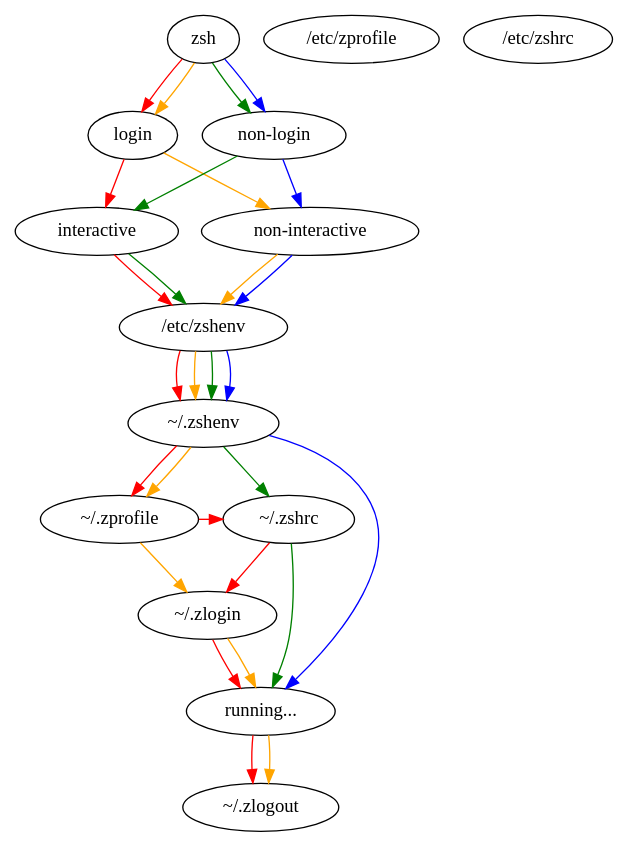
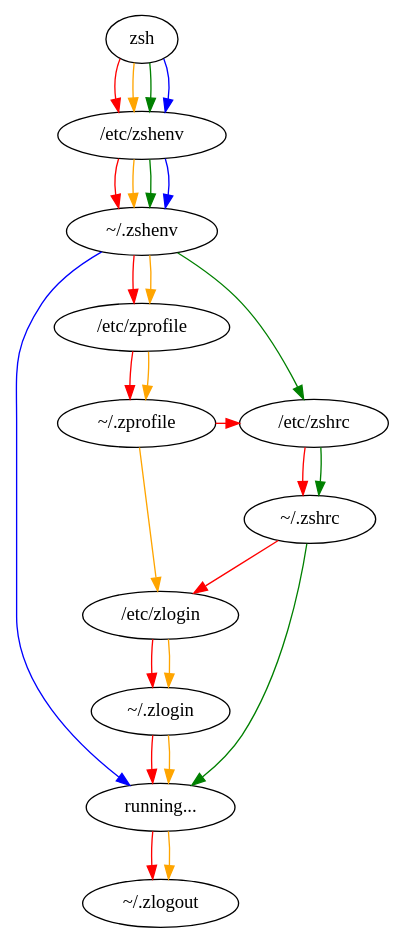
The diagram in .zsh-config/startup-sequence.dot (espinielli/dotfiles), drawn with Graphviz before and after one commit. The commit also changed 2 other files, not shown here.

Commit message:
simpler graphs

```diff
--- a/.zsh-config/startup-sequence.dot
+++ b/.zsh-config/startup-sequence.dot
@@ -1,80 +1,76 @@
 // adapted from 
 // https://heptapod.host/flowblok/shell-startup/-/blob/branch/default/diagram/impl-actual.dot
 digraph {
 //    {rank=same;
 //    zsh
 //    }
 
-    zsh_login [label="login"]
-    zsh_non_login [label="non-login"]
-    zsh_interactive [label="interactive"]
-    zsh_non_interactive [label="non-interactive"]
 
     zsh_running [label="running..."]
 
 
     etc_zshenv [label="/etc/zshenv"]
     etc_zprofile [label="/etc/zprofile"]
     etc_zshrc [label="/etc/zshrc"]
+    etc_zlogin [label="/etc/zlogin"]
 
     dot_zlogin [label="~/.zlogin"]
     dot_zlogout [label="~/.zlogout"]
+    dot_zprofile [label="~/.zprofile"]
+    dot_zshrc [label="~/.zshrc"]
     {rank=same;
     dot_zprofile [label="~/.zprofile"]
-    dot_zshrc [label="~/.zshrc"]
+    etc_zshrc [label="/etc/zshrc"]
     }
     dot_zshenv [label="~/.zshenv"]
 
     // ZSH
 
     // PATH: zsh, login, interactive
     edge [color=red, style=solid]
-    zsh -> zsh_login
-    zsh_login -> zsh_interactive
+    zsh -> etc_zshenv
 
-    zsh_interactive -> etc_zshenv
     etc_zshenv -> dot_zshenv
-    dot_zshenv -> dot_zprofile
-    dot_zprofile -> dot_zshrc
-    dot_zshrc -> dot_zlogin
+    dot_zshenv -> etc_zprofile
+    etc_zprofile -> dot_zprofile
+    dot_zprofile -> etc_zshrc
+    etc_zshrc -> dot_zshrc
+    dot_zshrc -> etc_zlogin
+    etc_zlogin -> dot_zlogin
 
     dot_zlogin -> zsh_running
 
     zsh_running -> dot_zlogout
 
     // PATH: zsh, login, non-interactive
     edge [color=orange, style=solid]
-    zsh -> zsh_login
-    zsh_login -> zsh_non_interactive
+    zsh -> etc_zshenv
 
-    zsh_non_interactive -> etc_zshenv
     etc_zshenv -> dot_zshenv
-    dot_zshenv -> dot_zprofile
-    dot_zprofile -> dot_zlogin
+    dot_zshenv -> etc_zprofile
+    etc_zprofile -> dot_zprofile
+    dot_zprofile -> etc_zlogin
+    etc_zlogin -> dot_zlogin
 
     dot_zlogin -> zsh_running
 
     zsh_running -> dot_zlogout
 
     // PATH: zsh, non-login, interactive
     edge [color=green, style=solid]
-    zsh -> zsh_non_login
-    zsh_non_login -> zsh_interactive
+    zsh -> etc_zshenv
 
-    zsh_interactive -> etc_zshenv
     etc_zshenv -> dot_zshenv
-    dot_zshenv -> dot_zshrc
+    dot_zshenv -> etc_zshrc
+    etc_zshrc -> dot_zshrc
 
     dot_zshrc -> zsh_running
 
     // PATH: zsh, non-login, non-interactive
     edge [color=blue, style=solid]
-    zsh -> zsh_non_login
-    zsh_non_login -> zsh_non_interactive
+    zsh -> etc_zshenv
 
-    zsh_non_interactive -> etc_zshenv
     etc_zshenv -> dot_zshenv
-
     dot_zshenv -> zsh_running
 
 }
```
